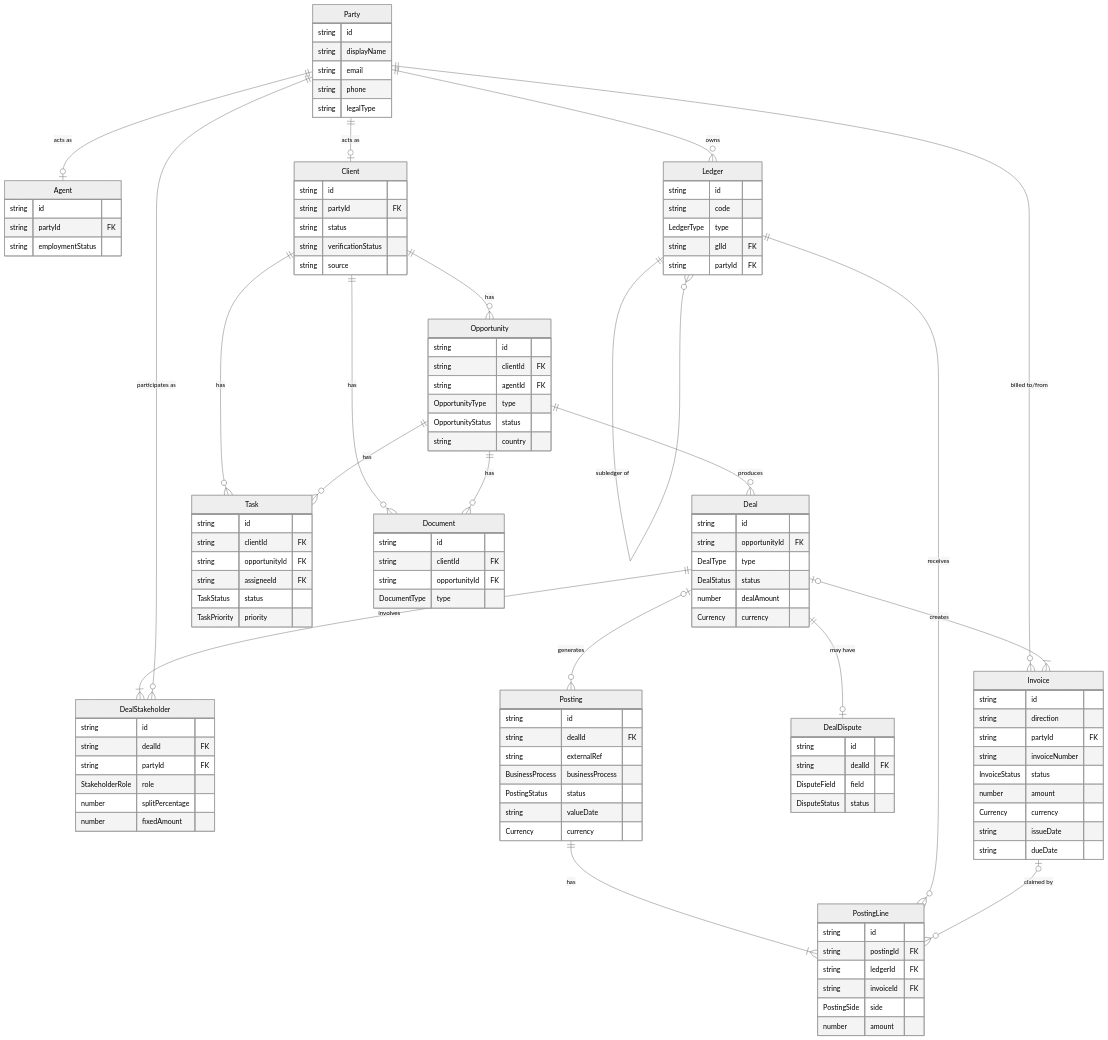
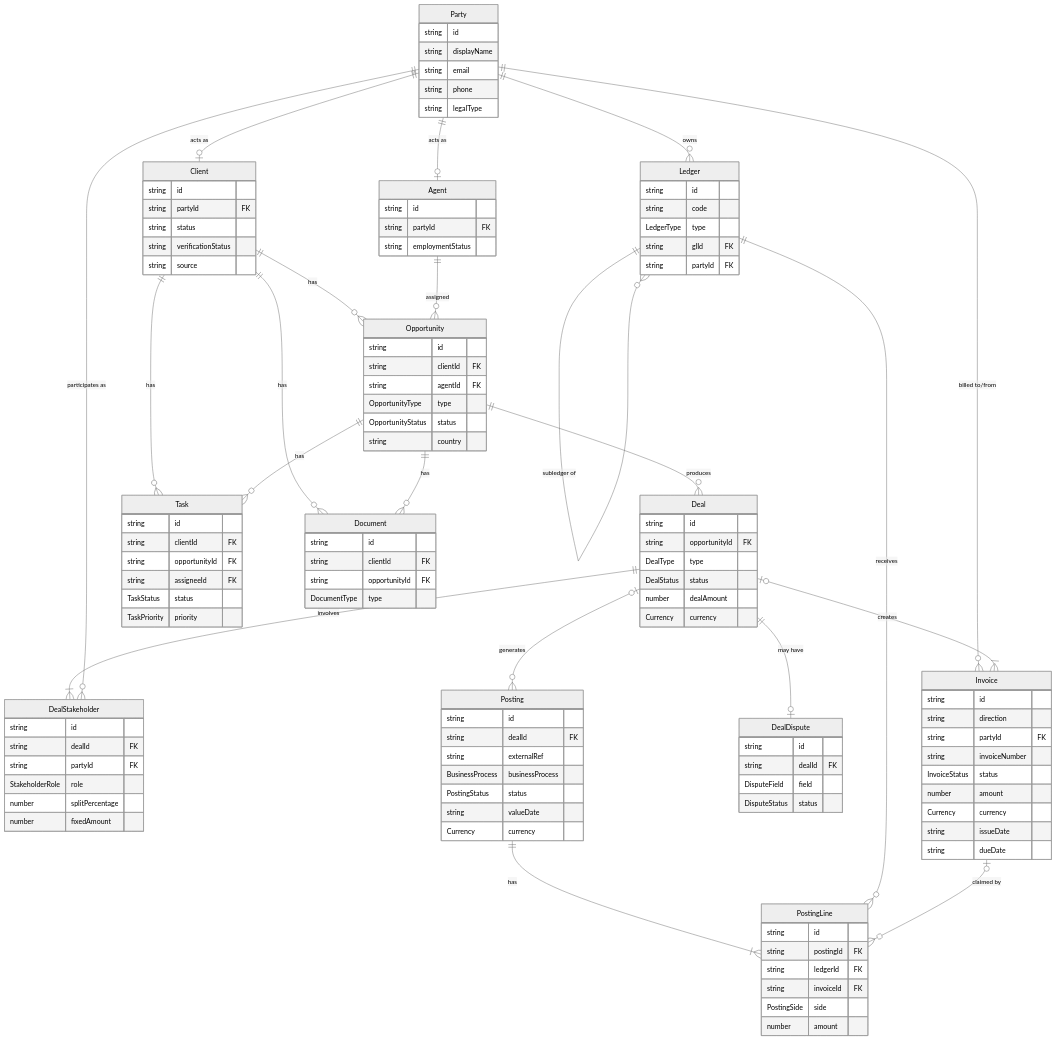
Before and after one commit to fulviogargiulo/deals-prototype: the diagram in packages/shared-domain/DOMAIN_MODEL.md, drawn with Mermaid (neutral theme).

Commit message:
added domain model fix

````diff
--- a/packages/shared-domain/DOMAIN_MODEL.md
+++ b/packages/shared-domain/DOMAIN_MODEL.md
@@ -124,4 +124,5 @@
     Client      ||--o{ Document         : "has"
     Opportunity ||--o{ Document         : "has"
     Ledger      ||--o{ Ledger           : "subledger of"
+    Agent       ||--o{ Opportunity      : "assigned"
 ```
````
